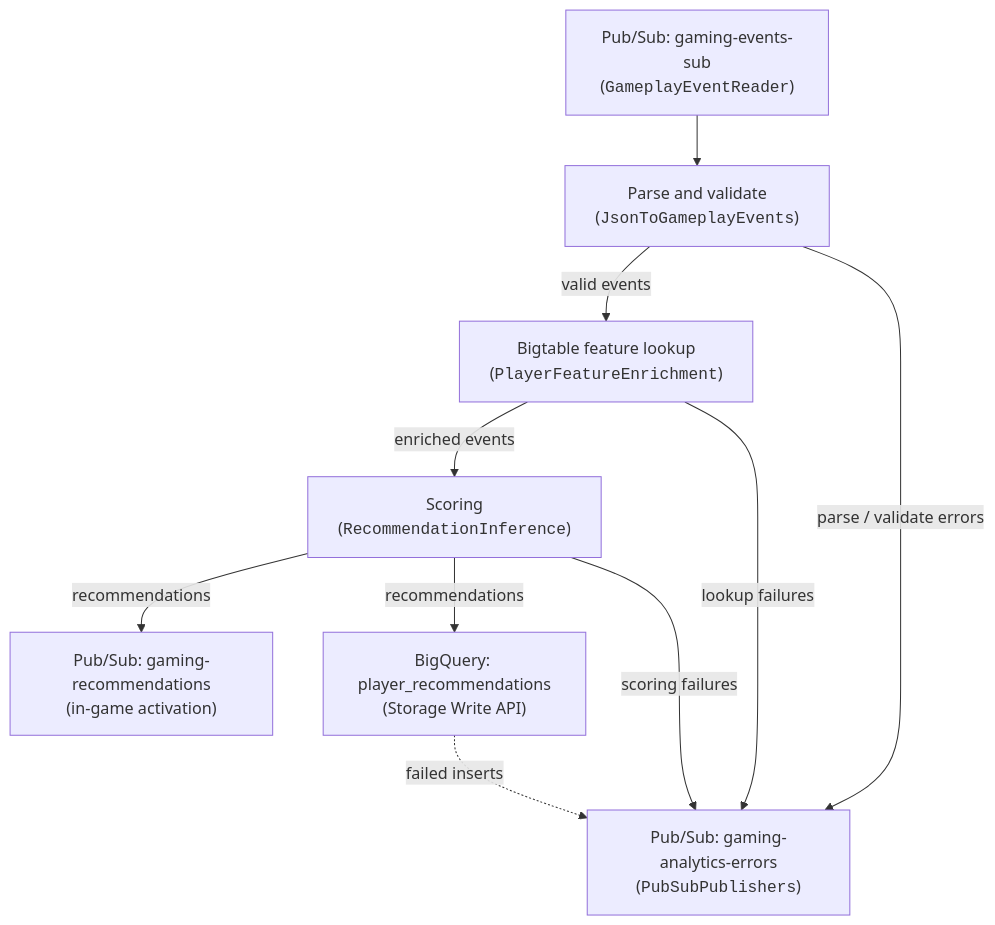
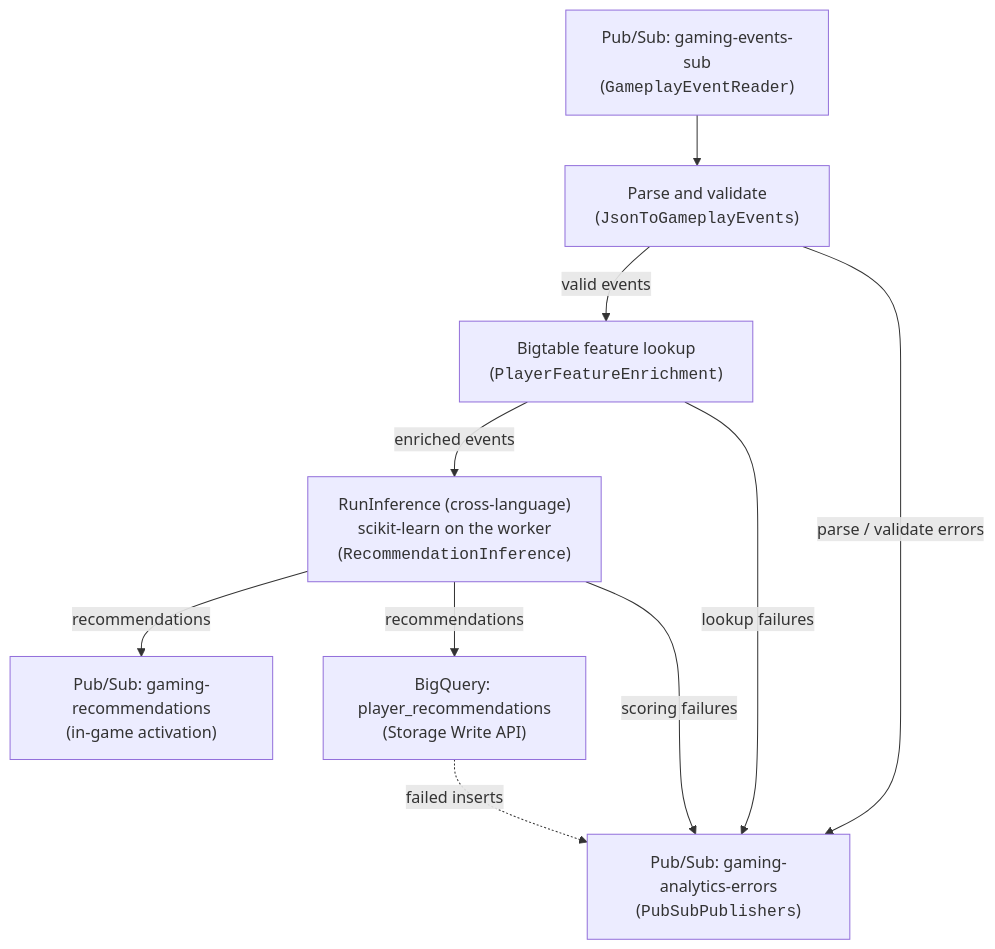
Before and after one commit to GoogleCloudPlatform/dataflow-solution-guides: the diagram in pipelines/gaming_analytics_java/README.md, drawn with Mermaid. The commit also changed other lines of this file and 28 other files, not shown here.

First line of the commit message:
feat(pipelines/gaming_analytics): score with cross-language RunInference

````diff
--- a/pipelines/gaming_analytics_java/README.md
+++ b/pipelines/gaming_analytics_java/README.md
@@ -17,16 +18,16 @@
 ```mermaid
 flowchart TD
     PubSub["Pub/Sub: gaming-events-sub<br/>(<code>GameplayEventReader</code>)"] --> Parse["Parse and validate<br/>(<code>JsonToGameplayEvents</code>)"]
 
     Parse -- "valid events" --> Enrich["Bigtable feature lookup<br/>(<code>PlayerFeatureEnrichment</code>)"]
     Parse -- "parse / validate errors" --> DLQ["Pub/Sub: gaming-analytics-errors<br/>(<code>PubSubPublishers</code>)"]
 
-    Enrich -- "enriched events" --> Score["Scoring<br/>(<code>RecommendationInference</code>)"]
+    Enrich -- "enriched events" --> Score["RunInference (cross-language)<br/>scikit-learn on the worker<br/>(<code>RecommendationInference</code>)"]
     Enrich -- "lookup failures" --> DLQ
 
     Score -- "recommendations" --> Activation["Pub/Sub: gaming-recommendations<br/>(in-game activation)"]
     Score -- "recommendations" --> BQ["BigQuery: player_recommendations<br/>(Storage Write API)"]
     Score -- "scoring failures" --> DLQ
 
     BQ -. "failed inserts" .-> DLQ
 ```
````
